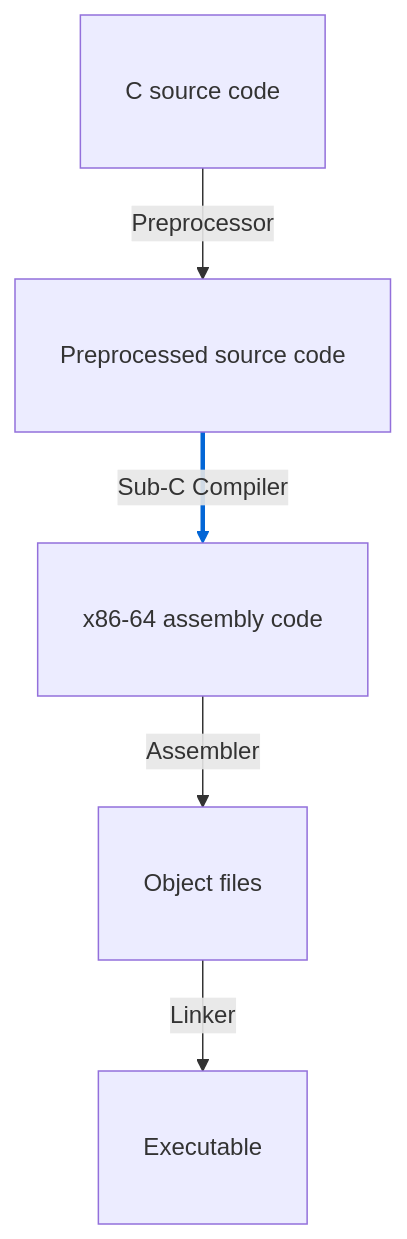
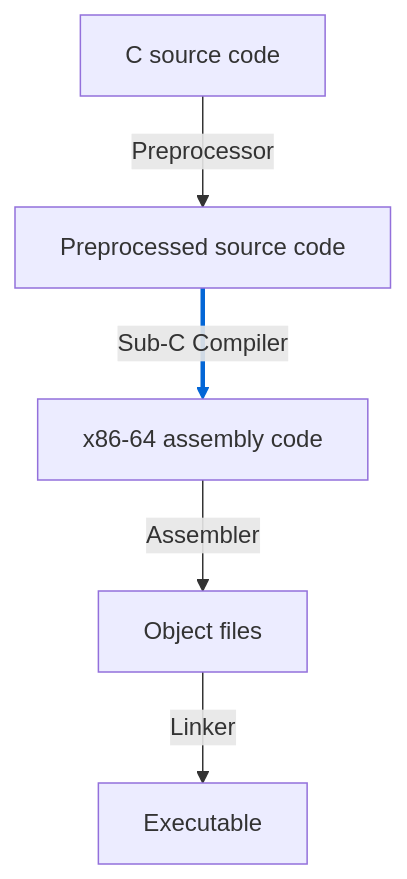
Before and after one commit to joshuanunn/sub-c: the diagram in README.md, drawn with Mermaid.

Commit message:
Simplify flowchart in README
Removed tight class definition from flowchart.

````diff
--- a/README.md
+++ b/README.md
@@ -93,17 +93,15 @@
 ```mermaid
 flowchart TB
-    classDef tight padding:1px;
-
-    A["C source code"]:::tight
-    B["Preprocessed source code"]:::tight
-    C["x86-64 assembly code"]:::tight
-    D["Object files"]:::tight
-    E["Executable"]:::tight
+    A["C source code"]
+    B["Preprocessed source code"]
+    C["x86-64 assembly code"]
+    D["Object files"]
+    E["Executable"]
 
     A -- "Preprocessor" --> B
     B -- "Sub-C Compiler" --> C
     C -- "Assembler" --> D
     D -- "Linker" --> E
 
     linkStyle 1 stroke-width:3px,stroke:#0366d6
 ```
````
